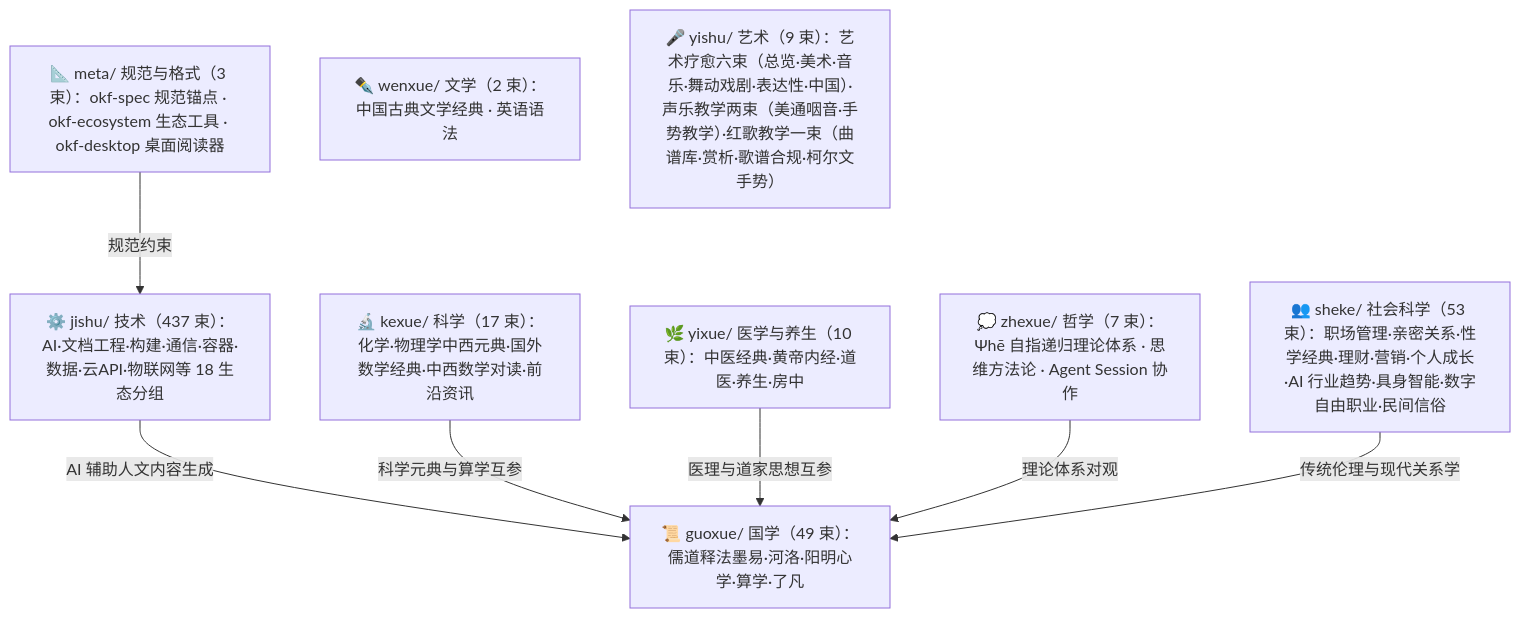
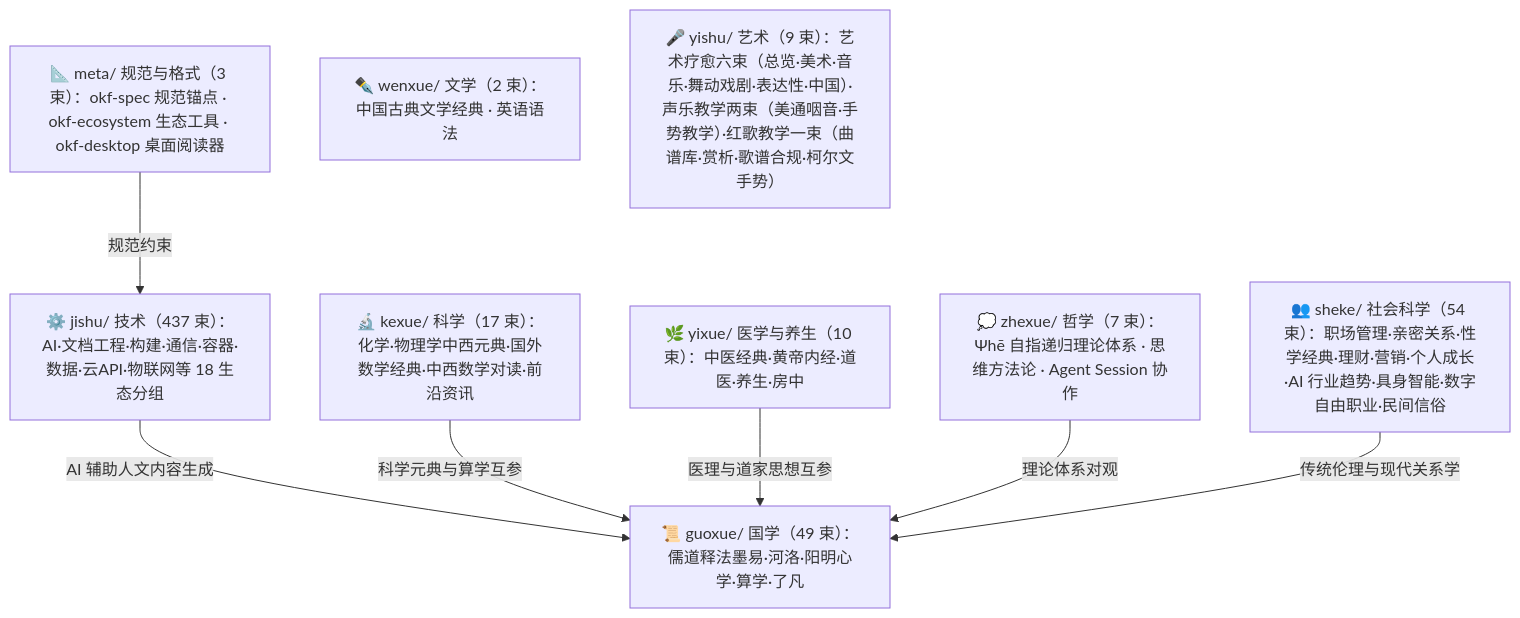
Before and after one commit to awesome-flexloop/awesome-okf: the diagram in doc/bundles/index.md, drawn with Mermaid. The commit also changed other lines of this file and 24 other files, not shown here.

````diff
--- a/doc/bundles/index.md
+++ b/doc/bundles/index.md
@@ -21,18 +21,18 @@
 ```mermaid
 flowchart TD
     meta["📐 meta/ 规范与格式（3 束）：okf-spec 规范锚点 · okf-ecosystem 生态工具 · okf-desktop 桌面阅读器"]
     guoxue["📜 guoxue/ 国学（49 束）：儒道释法墨易·河洛·阳明心学·算学·了凡"]
     zhexue["💭 zhexue/ 哲学（7 束）：Ψhē 自指递归理论体系 · 思维方法论 · Agent Session 协作"]
     kexue["🔬 kexue/ 科学（17 束）：化学·物理学中西元典·国外数学经典·中西数学对读·前沿资讯"]
     wenxue["✒️ wenxue/ 文学（2 束）：中国古典文学经典 · 英语语法"]
     yixue["🌿 yixue/ 医学与养生（10 束）：中医经典·黄帝内经·道医·养生·房中"]
-    sheke["👥 sheke/ 社会科学（53 束）：职场管理·亲密关系·性学经典·理财·营销·个人成长·AI 行业趋势·具身智能·数字自由职业·民间信俗"]
+    sheke["👥 sheke/ 社会科学（54 束）：职场管理·亲密关系·性学经典·理财·营销·个人成长·AI 行业趋势·具身智能·数字自由职业·民间信俗"]
     yishu["🎤 yishu/ 艺术（9 束）：艺术疗愈六束（总览·美术·音乐·舞动戏剧·表达性·中国）·声乐教学两束（美通咽音·手势教学）·红歌教学一束（曲谱库·赏析·歌谱合规·柯尔文手势）"]
     jishu["⚙️ jishu/ 技术（437 束）：AI·文档工程·构建·通信·容器·数据·云API·物联网等 18 生态分组"]
     meta -->|"规范约束"| jishu
     jishu -->|"AI 辅助人文内容生成"| guoxue
     kexue -->|"科学元典与算学互参"| guoxue
     yixue -->|"医理与道家思想互参"| guoxue
     zhexue -->|"理论体系对观"| guoxue
     sheke -->|"传统伦理与现代关系学"| guoxue
 ```
````
